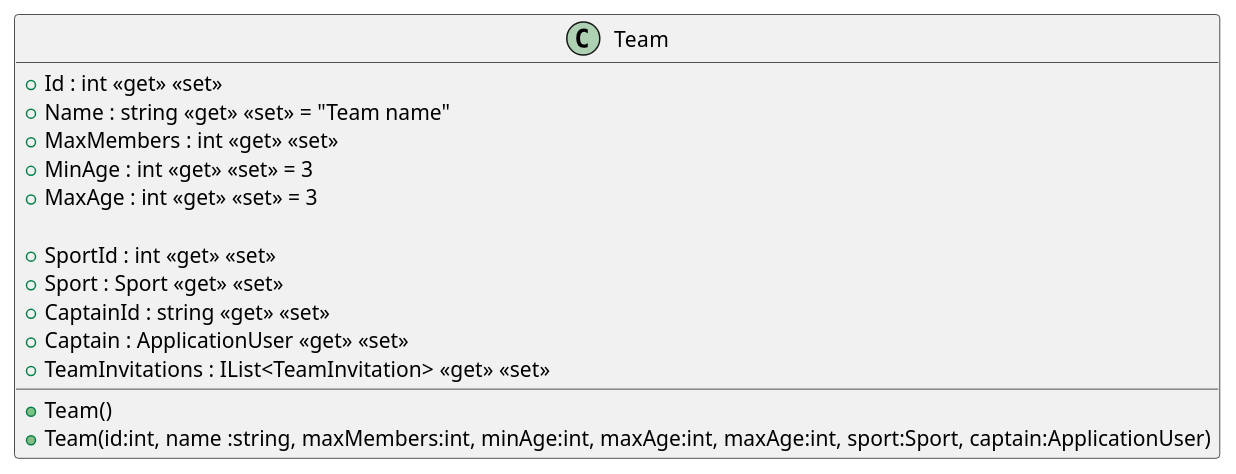
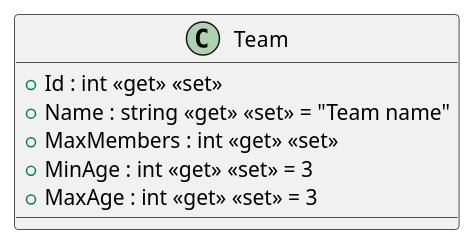
Before and after one commit to SEII2627LosBalicki/ISII2627LosBalicki: the diagram in src/AppForSEII.API/ClassDiagram/Team.puml, drawn with PlantUML. The commit also changed 1 other file, not shown here.

Commit message:
remove unwanted attributes from team.puml and teaminvitation.puml

```diff
--- a/src/AppForSEII.API/ClassDiagram/Team.puml
+++ b/src/AppForSEII.API/ClassDiagram/Team.puml
@@ -1,18 +1,9 @@
 @startuml 
 class Team {
     + Id : int <<get>> <<set>>
     + Name : string <<get>> <<set>> = "Team name"
     + MaxMembers : int <<get>> <<set>>
     + MinAge : int <<get>> <<set>> = 3
     + MaxAge : int <<get>> <<set>> = 3
-    
-    + SportId : int <<get>> <<set>>
-    + Sport : Sport <<get>> <<set>>
-    + CaptainId : string <<get>> <<set>>
-    + Captain : ApplicationUser <<get>> <<set>>
-    + TeamInvitations : IList<TeamInvitation> <<get>> <<set>>
-    + Team()
-    + Team(id:int, name :string, maxMembers:int, minAge:int, maxAge:int, maxAge:int, sport:Sport, captain:ApplicationUser)
-
 }
 @enduml
```
